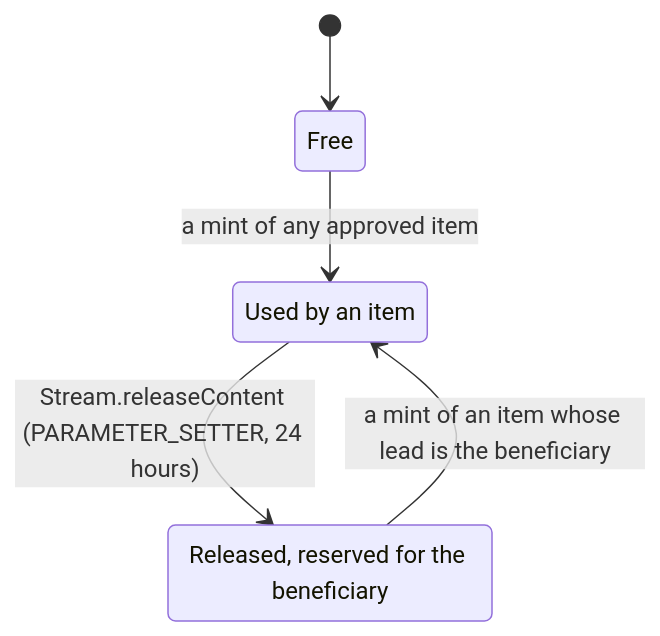
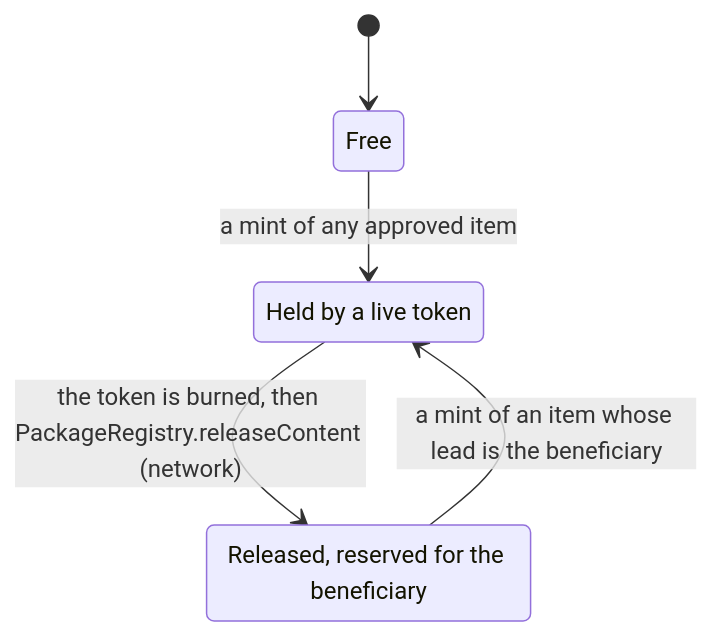
Before and after one commit to 6529-Collections/6529-works: the second of 8 diagrams in docs/spec/curation.md, drawn with Mermaid. The commit also changed other lines of this file and 12 other files, not shown here.

````diff
--- a/docs/spec/curation.md
+++ b/docs/spec/curation.md
@@ -192,10 +193,10 @@
 ```mermaid
 stateDiagram-v2
     state "Free" as Free
-    state "Used by an item" as Used
+    state "Held by a live token" as Used
     state "Released, reserved for the beneficiary" as Released
     [*] --> Free
     Free --> Used : a mint of any approved item
-    Used --> Released : Stream.releaseContent (PARAMETER_SETTER, 24 hours)
+    Used --> Released : the token is burned, then PackageRegistry.releaseContent (network)
     Released --> Used : a mint of an item whose lead is the beneficiary
 ```
````
